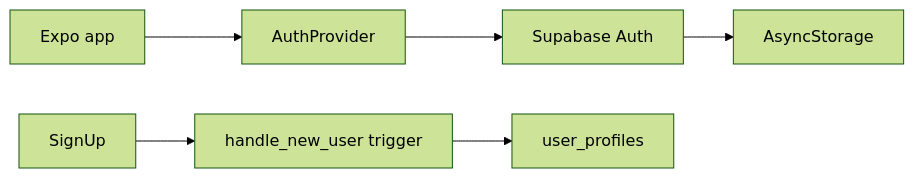
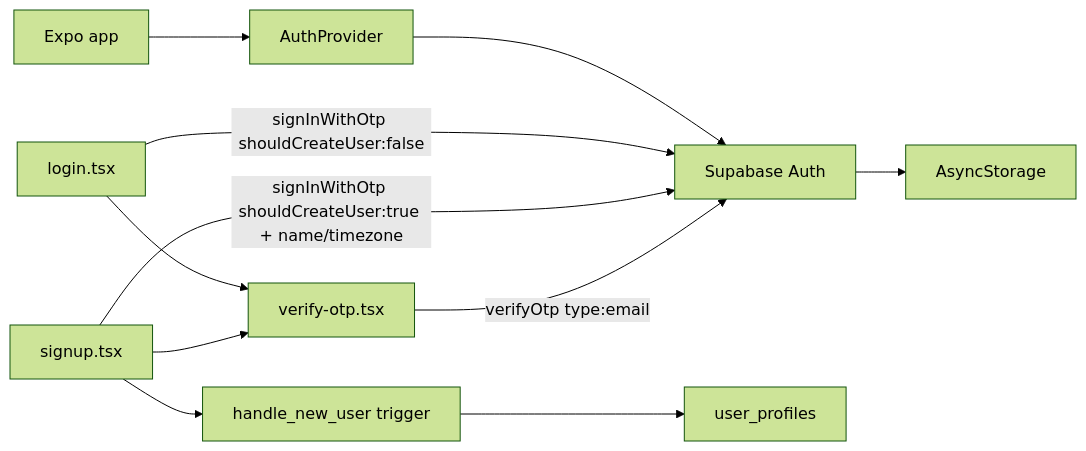
One commit to eduardoyi/newmomora changed the diagram in docs/features/auth.md. Above: the diagram before and after it, drawn with Mermaid (forest theme). The commit also changed other lines of this file and 16 other files, not shown here.

First line of the commit message:
Migrate auth to email OTP with dev-only password path

````diff
--- a/docs/features/auth.md
+++ b/docs/features/auth.md
@@ -19,8 +20,13 @@
 ```mermaid
 flowchart LR
     App[Expo app] --> AuthProvider
     AuthProvider --> SupabaseAuth[Supabase Auth]
     SupabaseAuth --> AsyncStorage
+    Login[login.tsx] -- signInWithOtp shouldCreateUser:false --> SupabaseAuth
+    SignUp[signup.tsx] -- signInWithOtp shouldCreateUser:true + name/timezone --> SupabaseAuth
+    Login --> VerifyOtp[verify-otp.tsx]
+    SignUp --> VerifyOtp
+    VerifyOtp -- verifyOtp type:email --> SupabaseAuth
     SignUp --> Trigger[handle_new_user trigger]
     Trigger --> Profiles[user_profiles]
 ```
````
